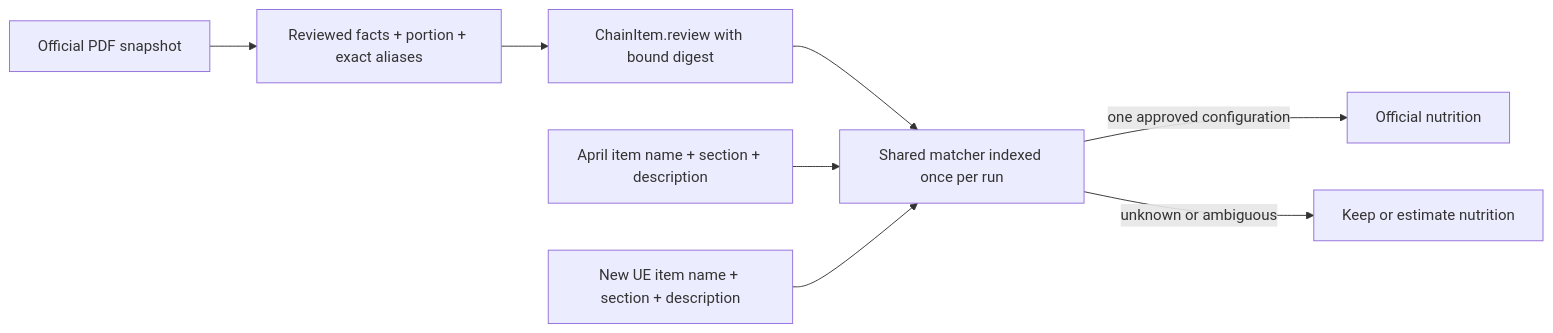
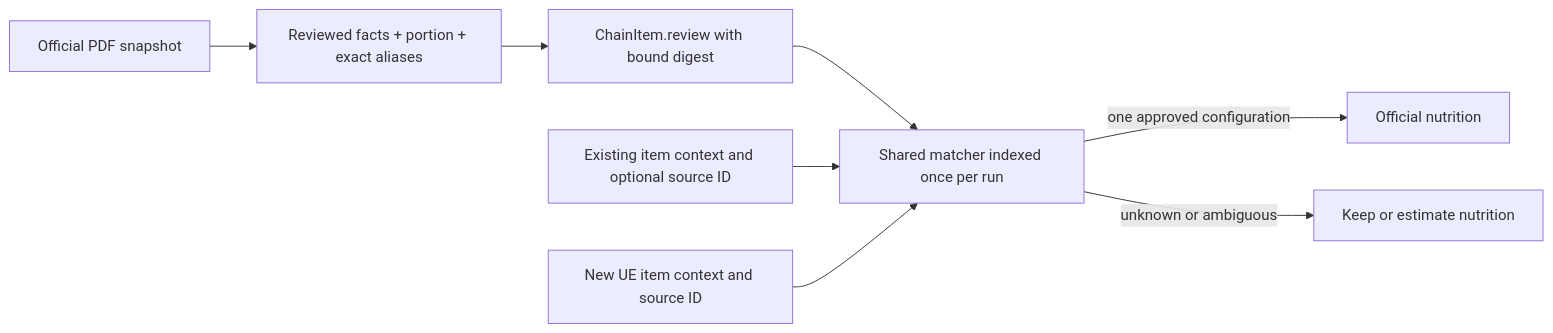
One commit to dgmolla/fitsy changed the diagram in docs/engineering/pipeline/reviewed-chain-matcher.md. Above: the diagram before and after it, drawn with Mermaid. The commit also changed other lines of this file and 27 other files, not shown here.

````diff
--- a/docs/engineering/pipeline/reviewed-chain-matcher.md
+++ b/docs/engineering/pipeline/reviewed-chain-matcher.md
@@ -8,10 +10,10 @@
 ```mermaid
 flowchart LR
   PDF[Official PDF snapshot] --> R[Reviewed facts + portion + exact aliases]
   R --> DB[ChainItem.review with bound digest]
   DB --> M[Shared matcher indexed once per run]
-  A[April item name + section + description] --> M
-  U[New UE item name + section + description] --> M
+  A[Existing item context and optional source ID] --> M
+  U[New UE item context and source ID] --> M
   M -->|one approved configuration| O[Official nutrition]
   M -->|unknown or ambiguous| F[Keep or estimate nutrition]
 ```
````
